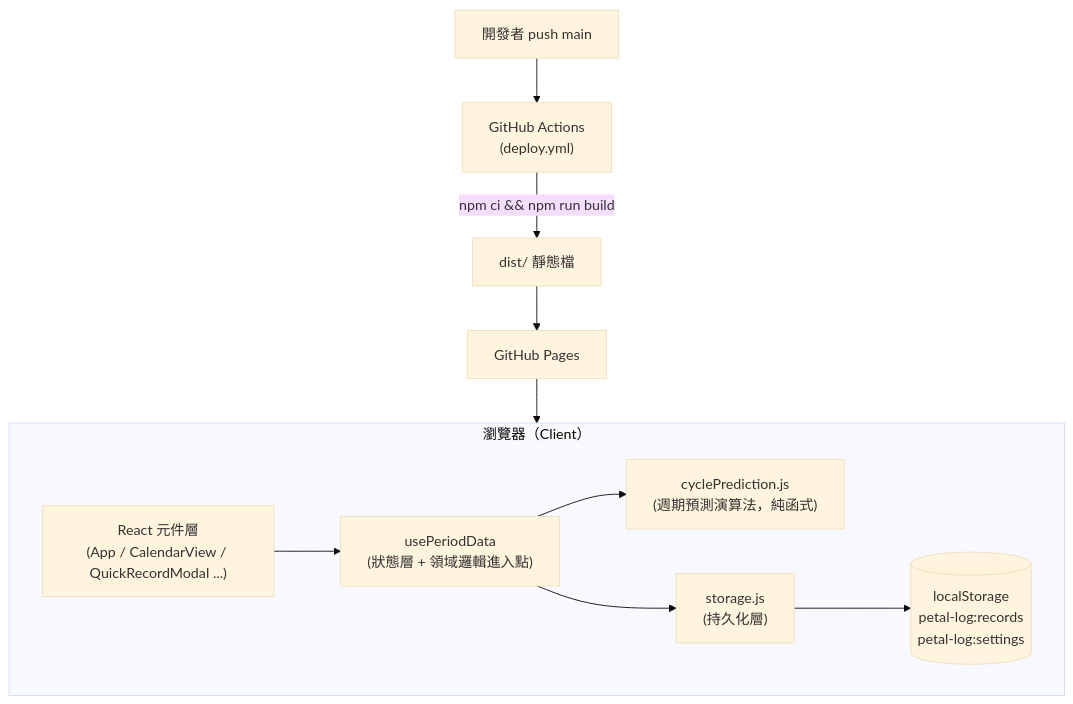
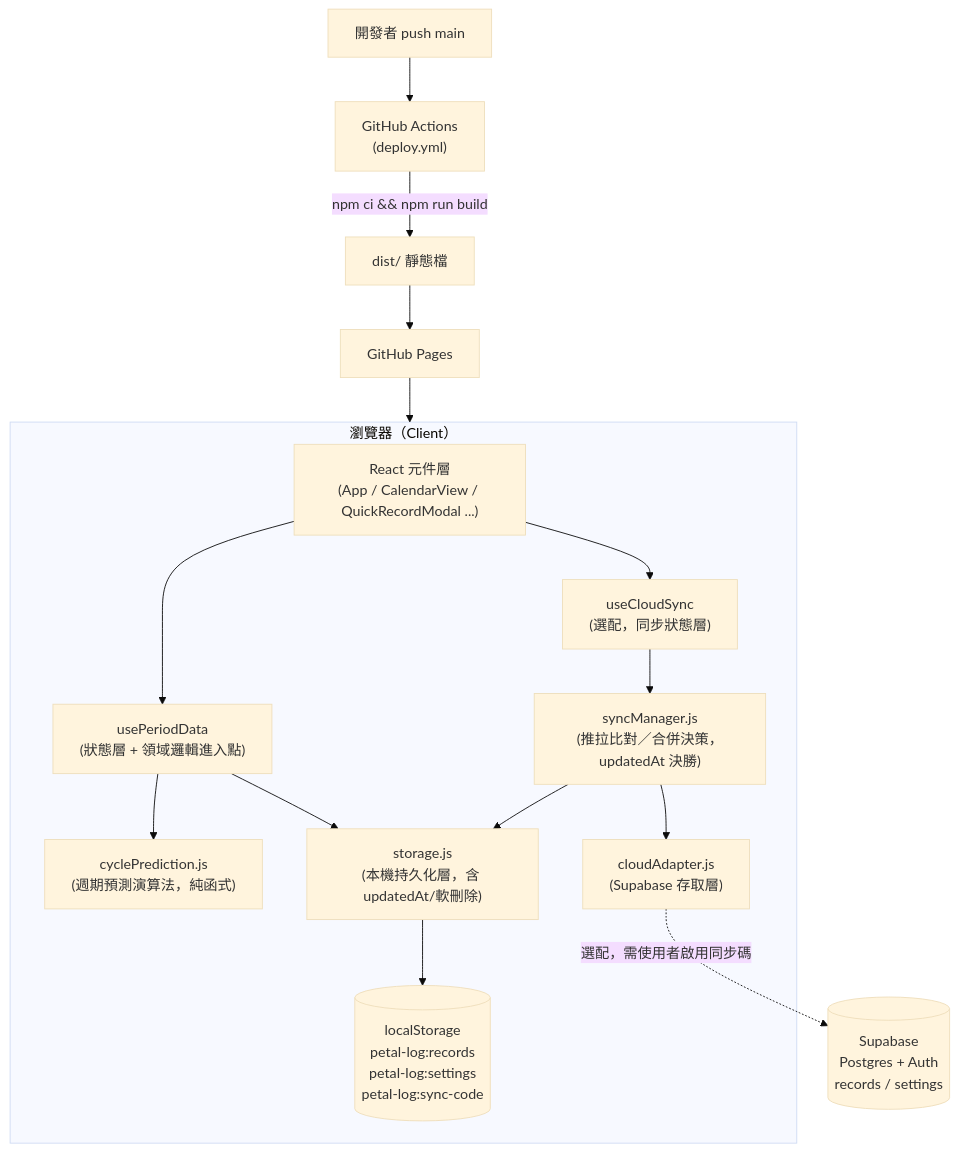
One commit to Lolalayaya/Petal-Log changed the first of 2 diagrams in SDD.md. Above: the diagram before and after it, drawn with Mermaid (base theme). The commit also changed other lines of this file and 15 other files, not shown here.

````diff
--- a/SDD.md
+++ b/SDD.md
@@ -48,20 +48,29 @@
 ```mermaid
 flowchart TB
     subgraph Browser["瀏覽器（Client）"]
         UI["React 元件層\n(App / CalendarView / QuickRecordModal ...)"]
         Hook["usePeriodData\n(狀態層 + 領域邏輯進入點)"]
         Domain["cyclePrediction.js\n(週期預測演算法，純函式)"]
-        Storage["storage.js\n(持久化層)"]
-        LS[("localStorage\npetal-log:records\npetal-log:settings")]
+        Storage["storage.js\n(本機持久化層，含 updatedAt/軟刪除)"]
+        LS[("localStorage\npetal-log:records\npetal-log:settings\npetal-log:sync-code")]
+        CloudHook["useCloudSync\n(選配，同步狀態層)"]
+        SyncMgr["syncManager.js\n(推拉比對／合併決策，updatedAt 決勝)"]
+        CloudAdapter["cloudAdapter.js\n(Supabase 存取層)"]
 
         UI --> Hook
         Hook --> Domain
         Hook --> Storage
         Storage --> LS
+        UI --> CloudHook
+        CloudHook --> SyncMgr
+        SyncMgr --> Storage
+        SyncMgr --> CloudAdapter
     end
+
+    CloudAdapter -.->|"選配，需使用者啟用同步碼"| Supabase[("Supabase\nPostgres + Auth\nrecords / settings")]
 
     Dev["開發者 push main"] --> GHA["GitHub Actions\n(deploy.yml)"]
     GHA -->|"npm ci && npm run build"| Dist["dist/ 靜態檔"]
     Dist --> Pages["GitHub Pages"]
     Pages --> Browser
 ```
````
